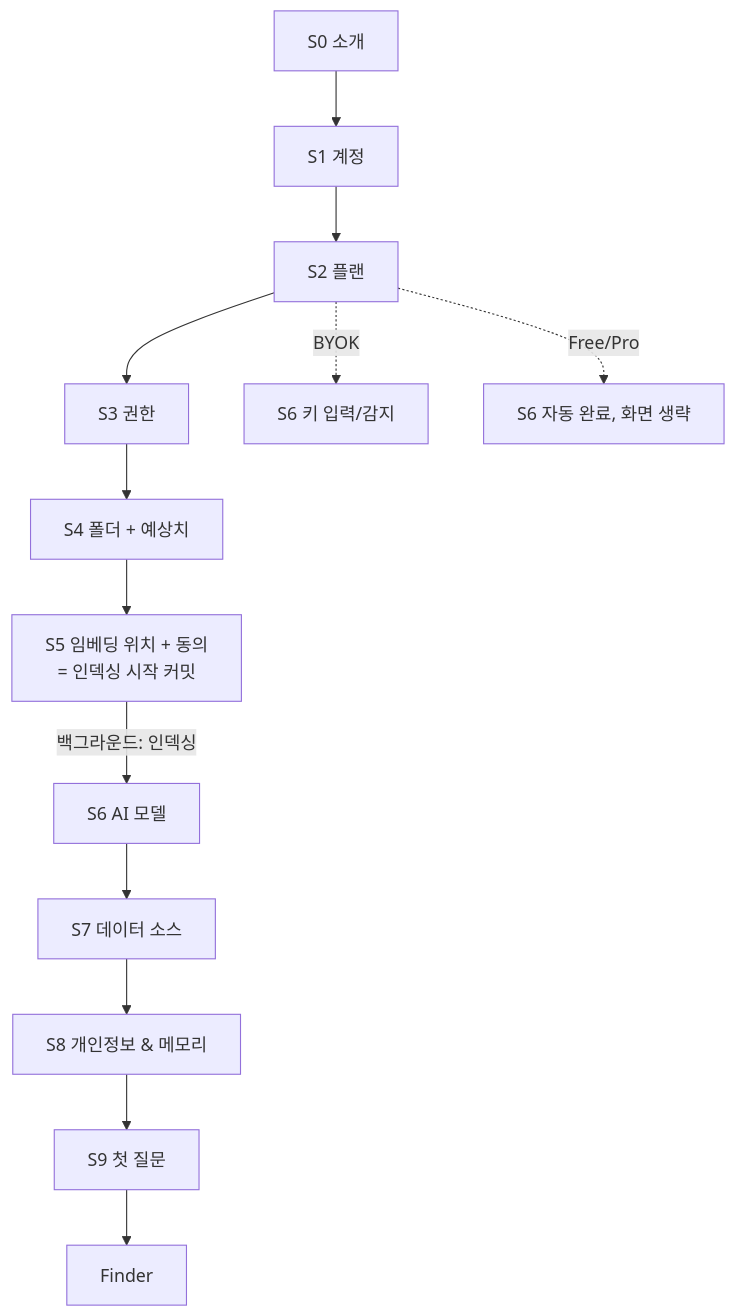
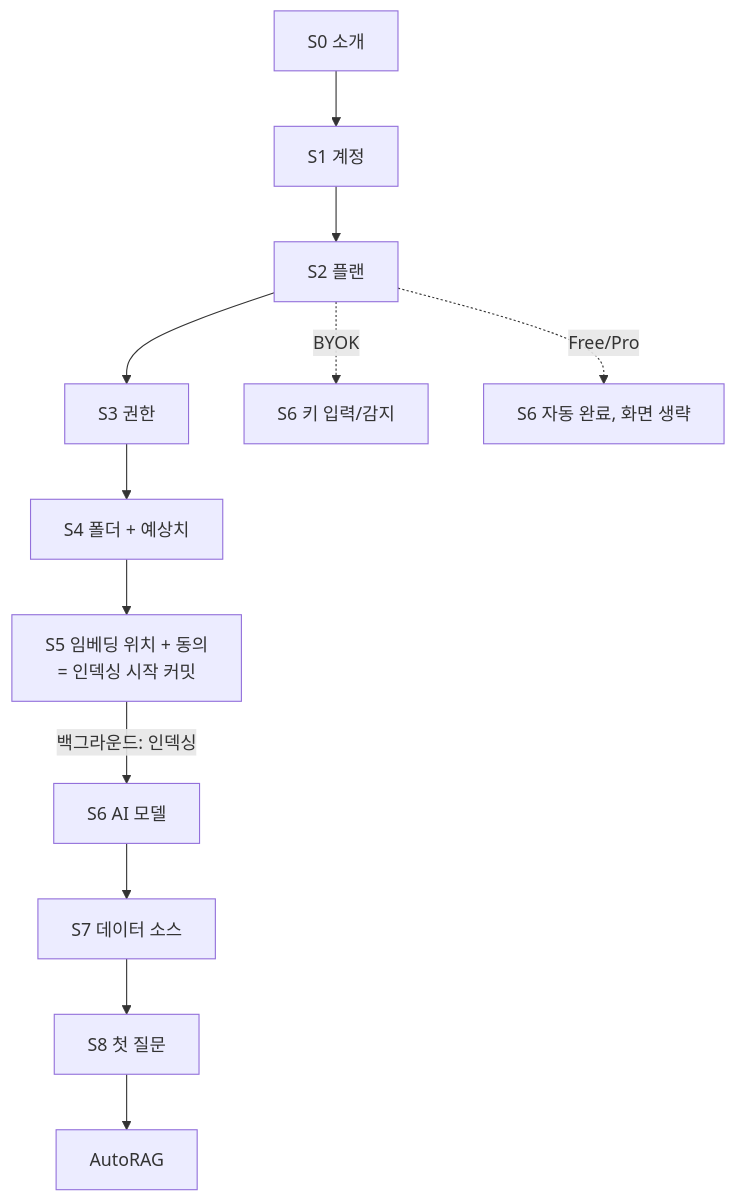
The first of 2 diagrams in docs/onboarding-plan.md (NomaDamas/AutoRAG-app), drawn with Mermaid before and after one commit. The commit also changed other lines of this file and 1 other file, not shown here.

Commit message:
docs(onboarding): remove the privacy step from the flow

````diff
--- a/docs/onboarding-plan.md
+++ b/docs/onboarding-plan.md
@@ -69,15 +71,14 @@
 ```mermaid
 flowchart TD
   S0[S0 소개] --> S1[S1 계정]
   S1 --> S2[S2 플랜]
   S2 --> S3[S3 권한]
   S3 --> S4[S4 폴더 + 예상치]
   S4 --> S5[S5 임베딩 위치 + 동의<br/>= 인덱싱 시작 커밋]
   S5 -->|백그라운드: 인덱싱| S6[S6 AI 모델]
   S6 --> S7[S7 데이터 소스]
-  S7 --> S8[S8 개인정보 & 메모리]
-  S8 --> S9[S9 첫 질문]
-  S9 --> F[Finder]
+  S7 --> S8[S8 첫 질문]
+  S8 --> F[AutoRAG]
   S2 -. BYOK .-> S6b[S6 키 입력/감지]
   S2 -. Free/Pro .-> S6a[S6 자동 완료, 화면 생략]
 ```
````
